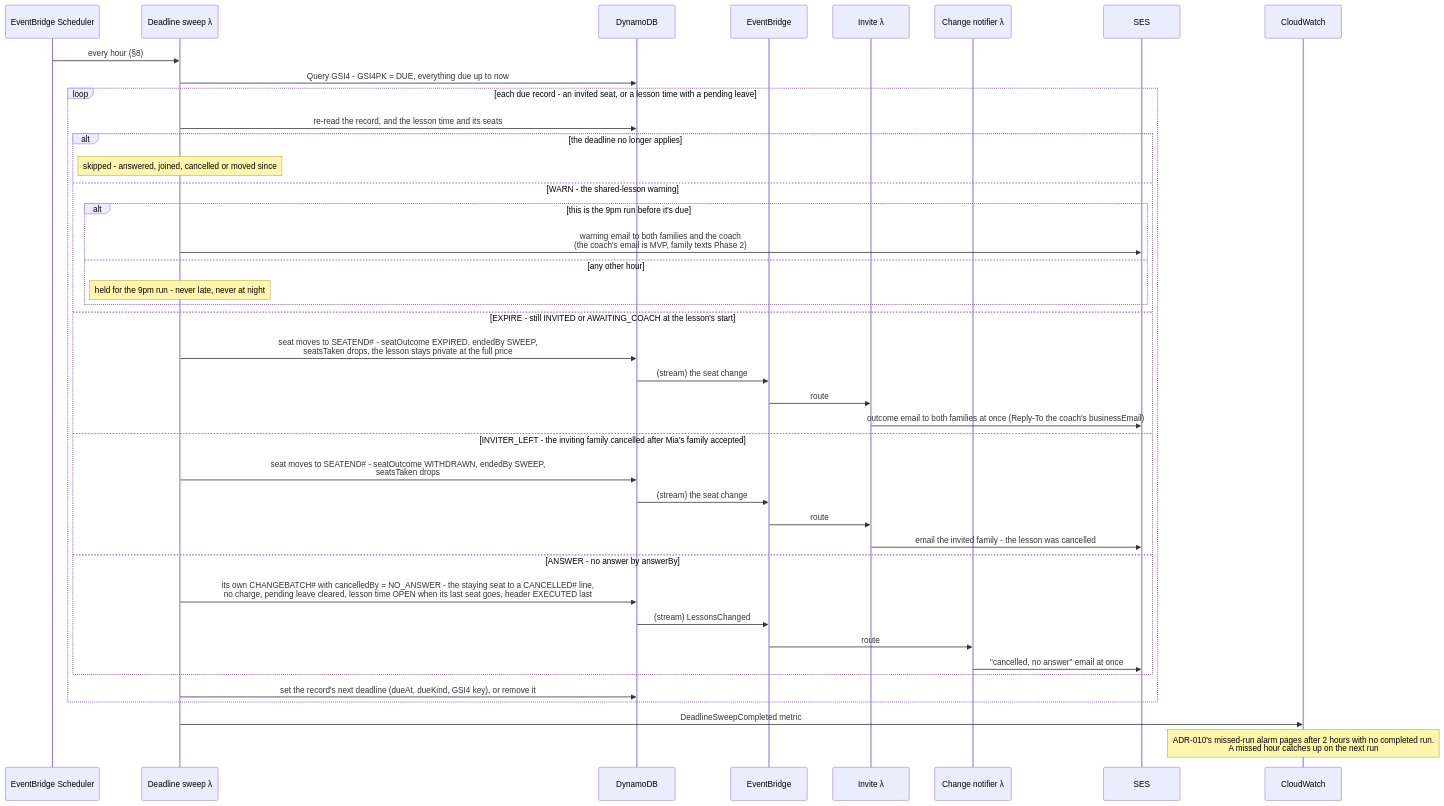
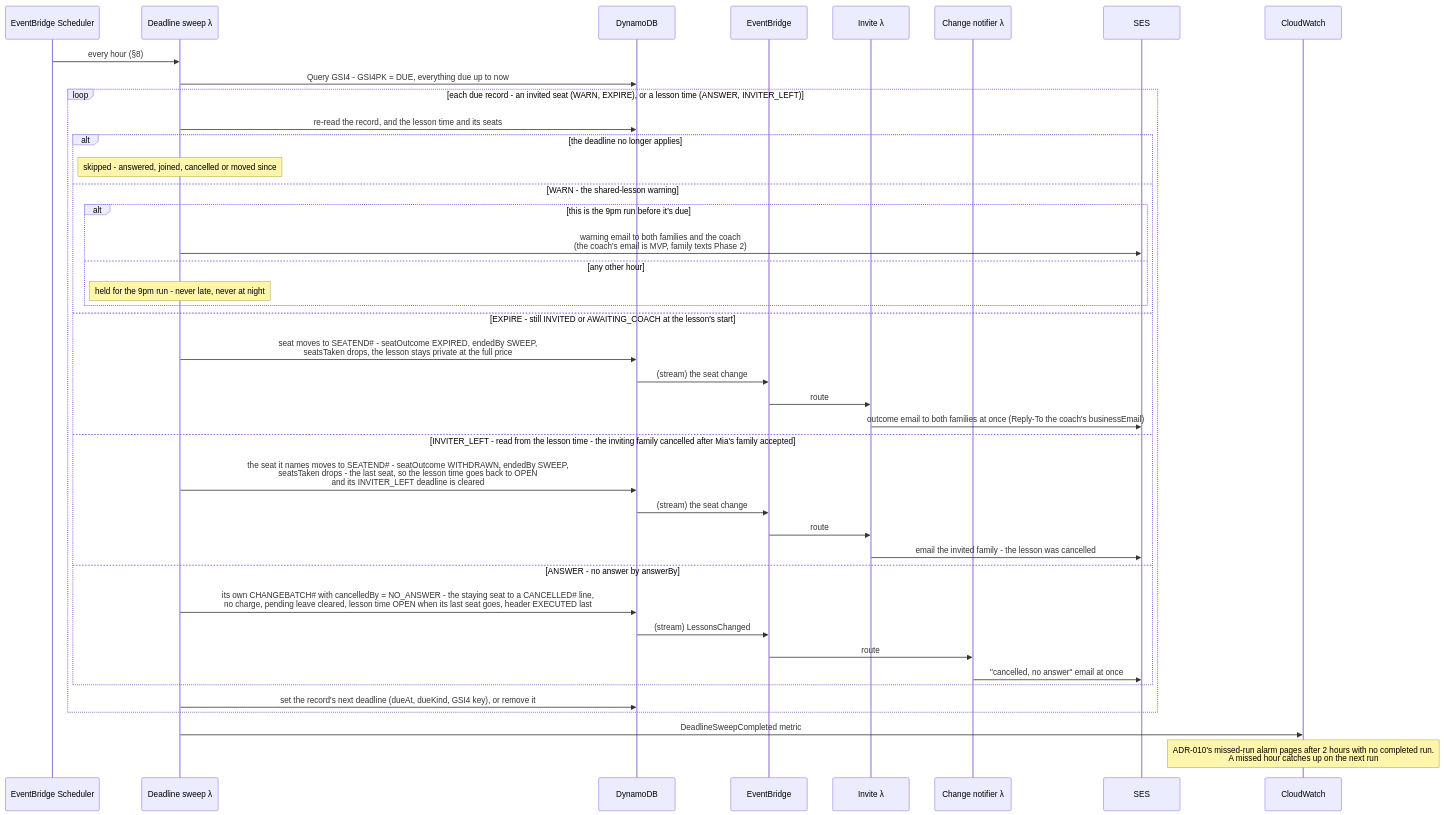
One commit to jessicamvega6/bladebook changed diagram 21 of 28 in docs/architecture.md. Above: the diagram before and after it, drawn with Mermaid. The commit also changed other lines of this file and 30 other files, not shown here.

````diff
--- a/docs/architecture.md
+++ b/docs/architecture.md
@@ -1709,43 +1735,43 @@
 ```mermaid
 sequenceDiagram
     participant Sch as EventBridge Scheduler
     participant Sw as Deadline sweep λ
     participant DB as DynamoDB
     participant Bus as EventBridge
     participant Inv as Invite λ
     participant N as Change notifier λ
     participant SES as SES
     participant CW as CloudWatch
     Sch->>Sw: every hour (§8)
     Sw->>DB: Query GSI4 - GSI4PK = DUE, everything due up to now
-    loop each due record - an invited seat, or a lesson time with a pending leave
+    loop each due record - an invited seat (WARN, EXPIRE), or a lesson time (ANSWER, INVITER_LEFT)
         Sw->>DB: re-read the record, and the lesson time and its seats
         alt the deadline no longer applies
             Note over Sw: skipped - answered, joined, cancelled or moved since
         else WARN - the shared-lesson warning
             alt this is the 9pm run before it's due
                 Sw->>SES: warning email to both families and the coach<br/>(the coach's email is MVP, family texts Phase 2)
             else any other hour
                 Note over Sw: held for the 9pm run - never late, never at night
             end
         else EXPIRE - still INVITED or AWAITING_COACH at the lesson's start
             Sw->>DB: seat moves to SEATEND#35; - seatOutcome EXPIRED, endedBy SWEEP,<br/>seatsTaken drops, the lesson stays private at the full price
             DB->>Bus: (stream) the seat change
             Bus->>Inv: route
             Inv->>SES: outcome email to both families at once (Reply-To the coach's businessEmail)
-        else INVITER_LEFT - the inviting family cancelled after Mia's family accepted
-            Sw->>DB: seat moves to SEATEND#35; - seatOutcome WITHDRAWN, endedBy SWEEP,<br/>seatsTaken drops
+        else INVITER_LEFT - read from the lesson time - the inviting family cancelled after Mia's family accepted
+            Sw->>DB: the seat it names moves to SEATEND#35; - seatOutcome WITHDRAWN, endedBy SWEEP,<br/>seatsTaken drops - the last seat, so the lesson time goes back to OPEN<br/>and its INVITER_LEFT deadline is cleared
             DB->>Bus: (stream) the seat change
             Bus->>Inv: route
             Inv->>SES: email the invited family - the lesson was cancelled
         else ANSWER - no answer by answerBy
             Sw->>DB: its own CHANGEBATCH#35; with cancelledBy = NO_ANSWER - the staying seat to a CANCELLED#35; line,<br/>no charge, pending leave cleared, lesson time OPEN when its last seat goes, header EXECUTED last
             DB->>Bus: (stream) LessonsChanged
             Bus->>N: route
             N->>SES: "cancelled, no answer" email at once
         end
         Sw->>DB: set the record's next deadline (dueAt, dueKind, GSI4 key), or remove it
     end
     Sw->>CW: DeadlineSweepCompleted metric
     Note over CW: ADR-010's missed-run alarm pages after 2 hours with no completed run.<br/>A missed hour catches up on the next run
 ```
````
